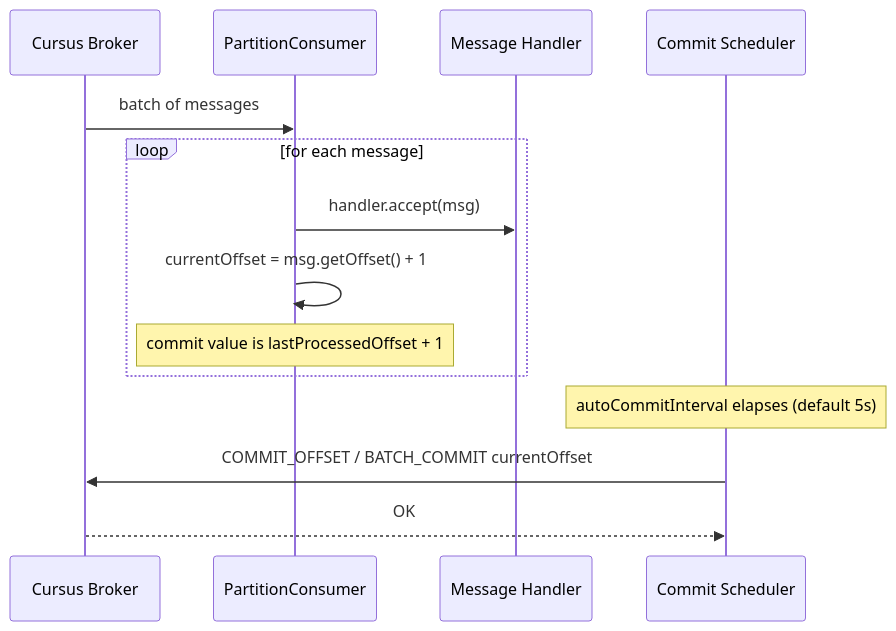
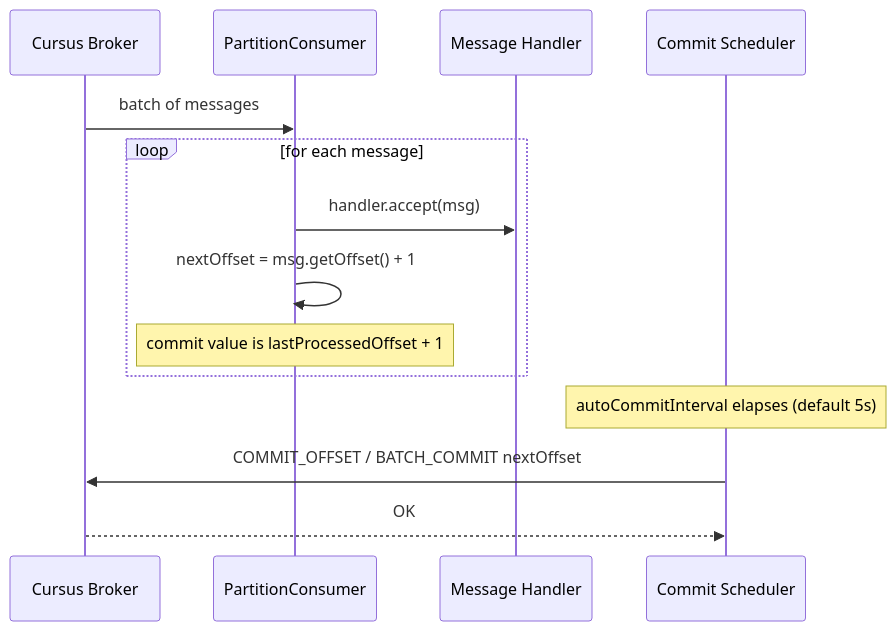
The third of 3 diagrams in docs/consumer-guide.md (cursus-io/cursus-java), drawn with Mermaid before and after one commit. The commit also changed other lines of this file and 6 other files, not shown here.

````diff
--- a/docs/consumer-guide.md
+++ b/docs/consumer-guide.md
@@ -152,18 +152,18 @@
 ```mermaid
 sequenceDiagram
     participant B as Cursus Broker
     participant PC as PartitionConsumer
     participant H as Message Handler
     participant CS as Commit Scheduler
 
     B->>PC: batch of messages
     loop for each message
         PC->>H: handler.accept(msg)
-        PC->>PC: currentOffset = msg.getOffset() + 1
+        PC->>PC: nextOffset = msg.getOffset() + 1
         Note over PC: commit value is lastProcessedOffset + 1
     end
 
     Note over CS: autoCommitInterval elapses (default 5s)
-    CS->>B: COMMIT_OFFSET / BATCH_COMMIT currentOffset
+    CS->>B: COMMIT_OFFSET / BATCH_COMMIT nextOffset
     B-->>CS: OK
 ```
````
